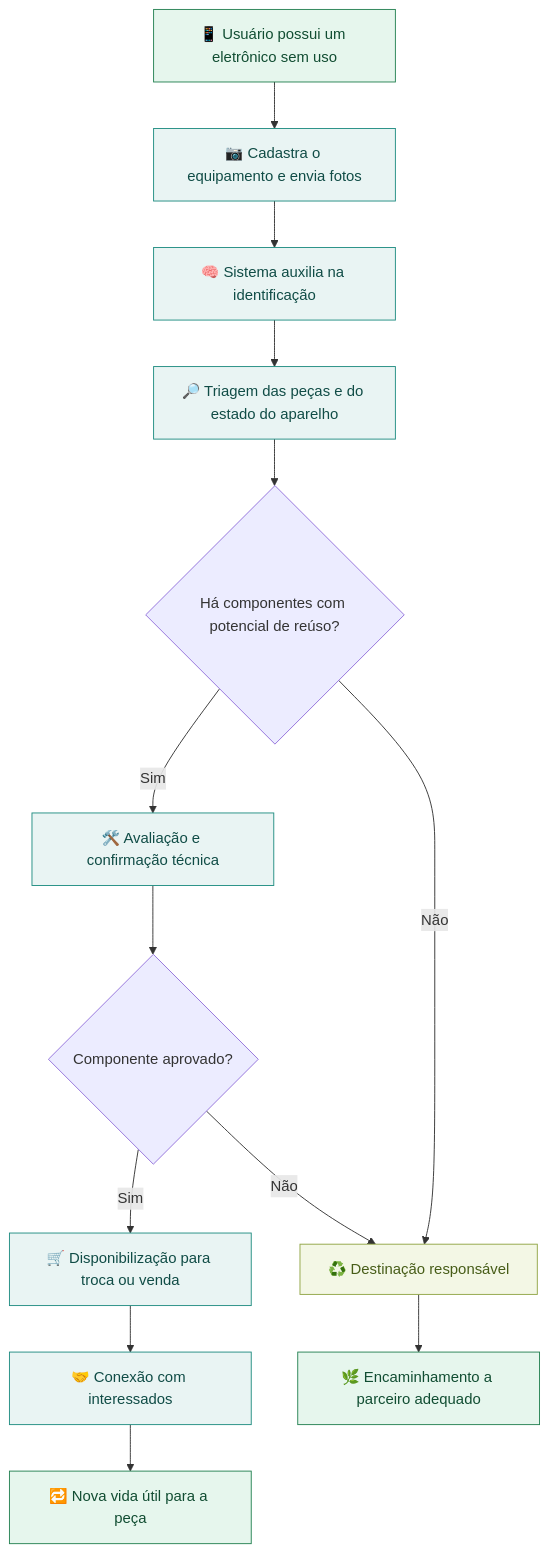
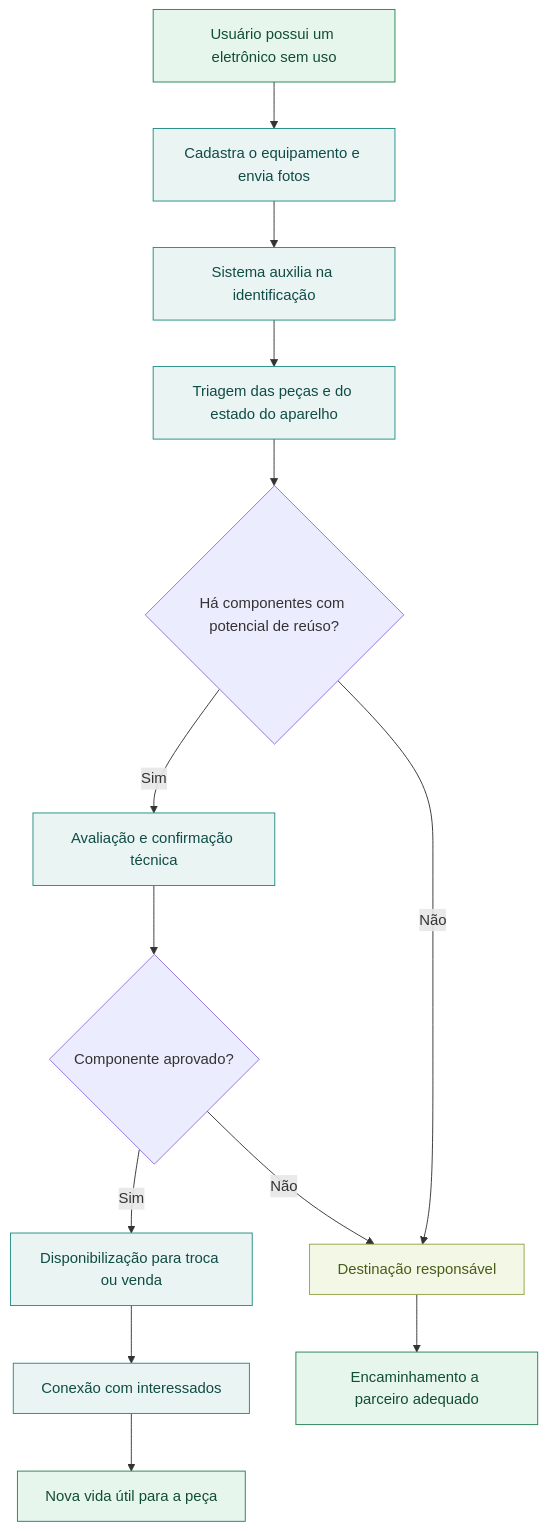
One commit to piririporo/EcoCiclo changed the first of 4 diagrams in README.md. Above: the diagram before and after it, drawn with Mermaid. The commit also changed other lines of this file, not shown here.

````diff
--- a/README.md
+++ b/README.md
@@ -58,22 +58,22 @@
 ```mermaid
 flowchart TD
-    A["📱 Usuário possui um eletrônico sem uso"] --> B["📷 Cadastra o equipamento e envia fotos"]
-    B --> C["🧠 Sistema auxilia na identificação"]
-    C --> D["🔎 Triagem das peças e do estado do aparelho"]
+    A["Usuário possui um eletrônico sem uso"] --> B["Cadastra o equipamento e envia fotos"]
+    B --> C["Sistema auxilia na identificação"]
+    C --> D["Triagem das peças e do estado do aparelho"]
     D --> E{"Há componentes com potencial de reúso?"}
-    E -->|Sim| F["🛠️ Avaliação e confirmação técnica"]
+    E -->|Sim| F["Avaliação e confirmação técnica"]
     F --> G{"Componente aprovado?"}
-    G -->|Sim| H["🛒 Disponibilização para troca ou venda"]
-    G -->|Não| I["♻️ Destinação responsável"]
+    G -->|Sim| H["Disponibilização para troca ou venda"]
+    G -->|Não| I["Destinação responsável"]
     E -->|Não| I
-    H --> J["🤝 Conexão com interessados"]
-    J --> K["🔁 Nova vida útil para a peça"]
-    I --> L["🌿 Encaminhamento a parceiro adequado"]
+    H --> J["Conexão com interessados"]
+    J --> K["Nova vida útil para a peça"]
+    I --> L["Encaminhamento a parceiro adequado"]
 
     classDef start fill:#e6f6ed,stroke:#268253,color:#114d32
     classDef action fill:#e9f4f3,stroke:#218d82,color:#104c46
     classDef endnode fill:#f3f7e5,stroke:#91a546,color:#475d18
     class A,K,L start
     class B,C,D,F,H,J action
     class I endnode
 ```
````
